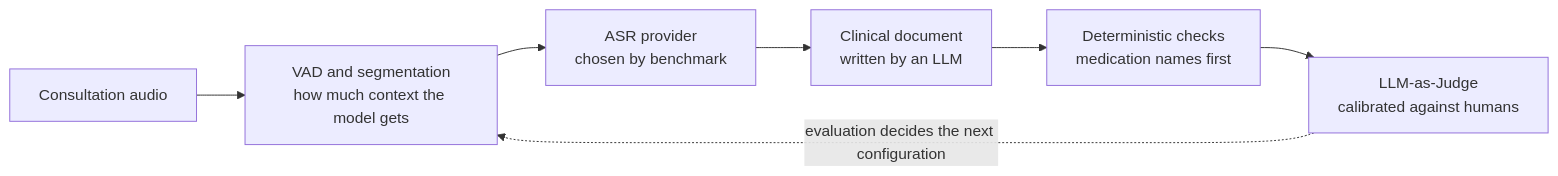
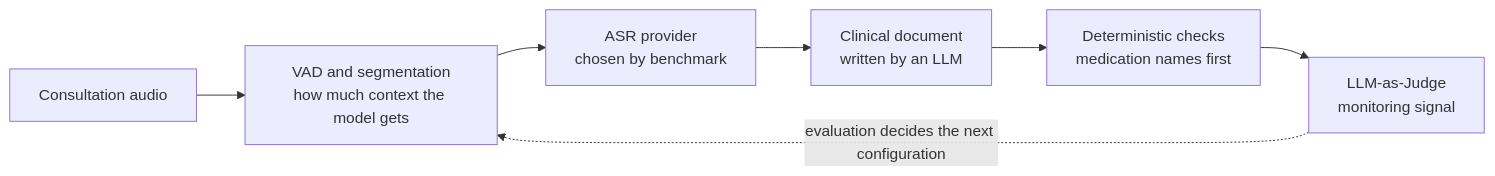
Before and after one commit to henriquebap/ai-portfolio: the second of 3 diagrams in README.md, drawn with Mermaid. The commit also changed other lines of this file, not shown here.

First line of the commit message:
fix: Porto Seguro, datathon e judge da VOA como no CV v3

````diff
--- a/README.md
+++ b/README.md
@@ -55,9 +55,9 @@
 ```mermaid
 flowchart LR
   A[Consultation audio] --> B[VAD and segmentation<br/>how much context the model gets]
   B --> C[ASR provider<br/>chosen by benchmark]
   C --> D[Clinical document<br/>written by an LLM]
   D --> E[Deterministic checks<br/>medication names first]
-  E --> F[LLM-as-Judge<br/>calibrated against humans]
+  E --> F[LLM-as-Judge<br/>monitoring signal]
   F -. evaluation decides the next configuration .-> B
 ```
````
